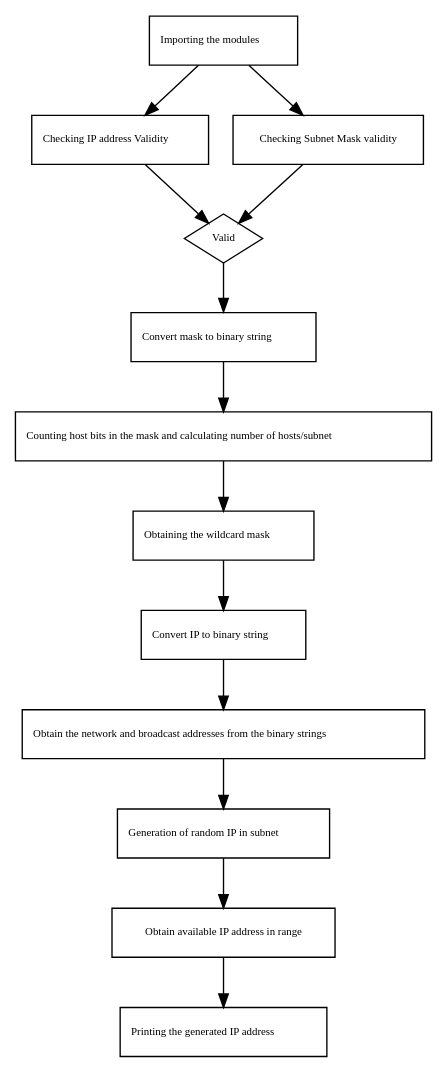
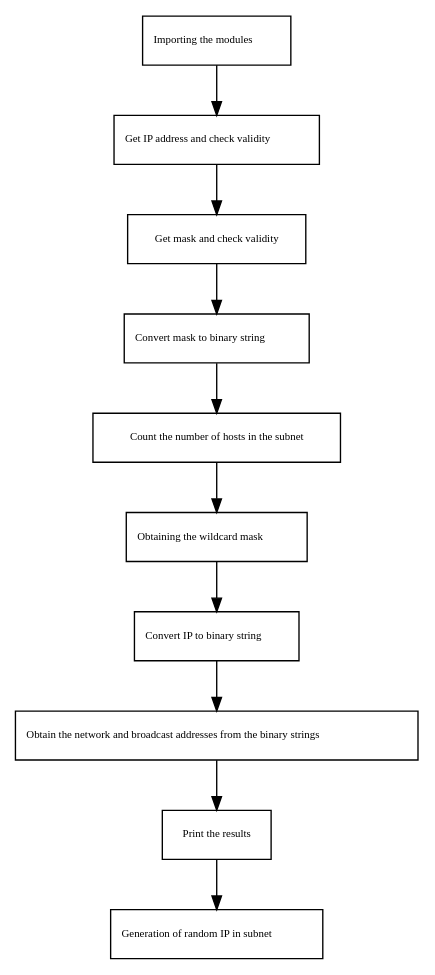
The diagram in projects/SubnetCalculator/application1.dot (EuanBuchanan/PythonNetworkEngineering), drawn with Graphviz before and after one commit. The commit also changed 2 other files, not shown here.

Commit message:
Ammended .dot files, modules imported

```diff
--- a/projects/SubnetCalculator/application1.dot
+++ b/projects/SubnetCalculator/application1.dot
@@ -1,103 +1,27 @@
 digraph G {
 	fontname = "Bitstream Ver Sans"
 	fontsize = 8
 
 	node [
 		fontname = "Bitstream Vera Sans"
 		fontsize = 8
 		shape = "record"
 	]
 
 	edge [
 		fontname = "Bitstream Vera Sans"
 		fontsize = 8
 	]
 
-    Importing [
-
-        label = "{Importing the modules\l}"
-        ]
-
-    IPAddressValidity [
-    
-        label = "{Checking IP address Validity\l}"
-        ]
-
-    SubnetValidity [
-
-        label = "{Checking Subnet Mask validity}"
-        ]
-
-
-    Importing -> IPAddressValidity
-    Importing -> SubnetValidity
-
-    Valid [
-
-    shape = diamond
-
-    label = "Valid"
-    ]
-
-    IPAddressValidity -> Valid
-    SubnetValidity -> Valid
-
-    ConvertMask [
-
-    label = "{Convert mask to binary string\l}"
-    ]
-
-    Valid -> ConvertMask
-    
-
-    CountHostBits  [
-
-    label = "{Counting host bits in the mask and calculating number of hosts/subnet\l}"
-    ]
-
-    ConvertMask -> CountHostBits
-
-    ObtainWildcard [
-
-    label = "{Obtaining the wildcard mask\l}"
-    ]
-
-    CountHostBits -> ObtainWildcard
-
-    ConvertIPtoBinary [
-
-    label = "{Convert IP to binary string\l}"
-    ]
-    
-    ObtainWildcard -> ConvertIPtoBinary
-
-    ObtainNetworkBroadcast [
-
-    label = "{Obtain the network and broadcast addresses from the binary strings\l}"
-    ]
-
-    ConvertIPtoBinary -> ObtainNetworkBroadcast
-
-    GenerateRandomIP [ 
-
-    label = "{Generation of random IP in subnet\l}"
-
-    ]
-
-    ObtainNetworkBroadcast -> GenerateRandomIP
-
-    ObtainAvailableIPAddress [
-
-    label = "{Obtain available IP address in range}"
-    ]
-
-    GenerateRandomIP -> ObtainAvailableIPAddress
-
-    PrintingGenratedIP [
-
-    label = "{Printing the generated IP address\l}"
-    ]
-
-    ObtainAvailableIPAddress -> PrintingGenratedIP
-
+    Importing [ label = "{Importing the modules\l}" ]
+    IPAddress [ label = "{Get IP address and check validity\l}" ]
+    IPSubnet [ label = "{Get mask and check validity}" ]
+    ConvertMask [ label = "{Convert mask to binary string\l}" ]
+    CountHosts  [ label = "{Count the number of hosts in the subnet}" ]
+    ObtainWildcard [ label = "{Obtaining the wildcard mask\l}" ]
+    ConvertIPtoBinary [ label = "{Convert IP to binary string\l}" ]
+    ObtainNetworkBroadcast [ label = "{Obtain the network and broadcast addresses from the binary strings\l}" ]
+    PrintResults [ label = "{Print the results}"]
+    GenerateRandomIP [ label = "{Generation of random IP in subnet\l}" ]
+    Importing -> IPAddress -> IPSubnet -> ConvertMask -> CountHosts -> ObtainWildcard -> ConvertIPtoBinary -> ObtainNetworkBroadcast -> PrintResults -> GenerateRandomIP
 }	
```
